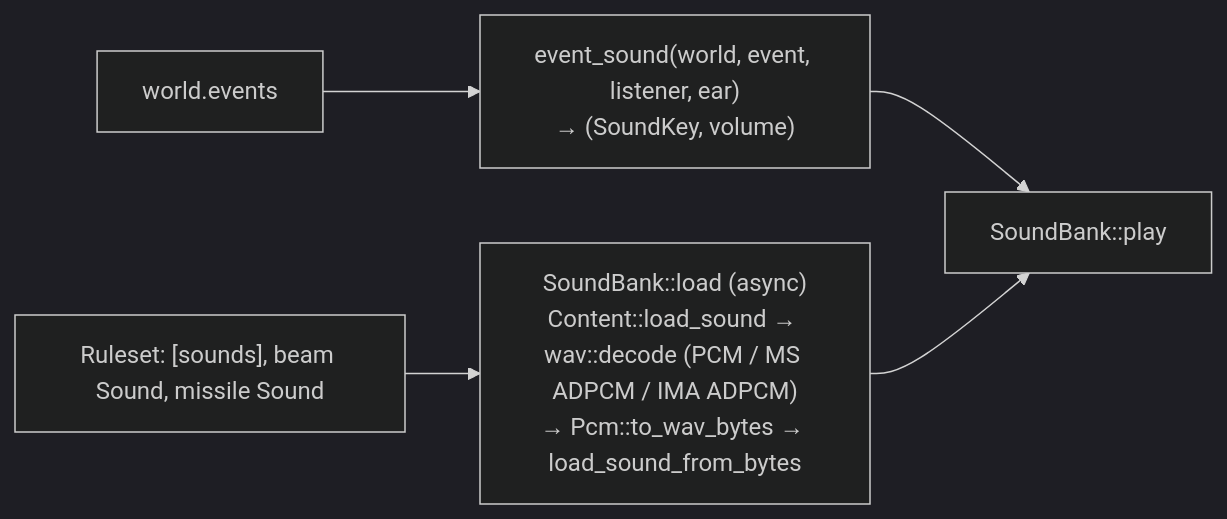
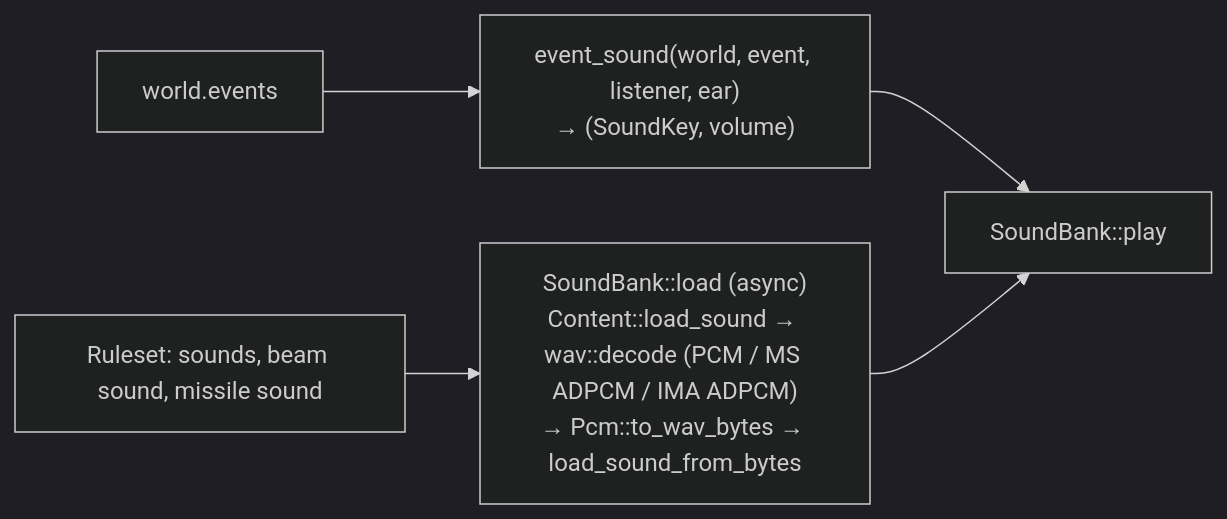
Before and after one commit to bbogovich/OpenInterceptor: the diagram in docs/architecture/audio.md, drawn with Mermaid (dark theme). The commit also changed 56 other files, not shown here.

````diff
--- a/docs/architecture/audio.md
+++ b/docs/architecture/audio.md
@@ -8,7 +8,7 @@
 ```mermaid
 flowchart LR
-    R["Ruleset: [sounds], beam Sound, missile Sound"] --> L["SoundBank::load (async)<br/>Content::load_sound → wav::decode (PCM / MS ADPCM / IMA ADPCM)<br/>→ Pcm::to_wav_bytes → load_sound_from_bytes"]
+    R["Ruleset: sounds, beam sound, missile sound"] --> L["SoundBank::load (async)<br/>Content::load_sound → wav::decode (PCM / MS ADPCM / IMA ADPCM)<br/>→ Pcm::to_wav_bytes → load_sound_from_bytes"]
     EV["world.events"] --> ES["event_sound(world, event, listener, ear)<br/>→ (SoundKey, volume)"]
     ES --> P["SoundBank::play"]
     L --> P
 ```
````
